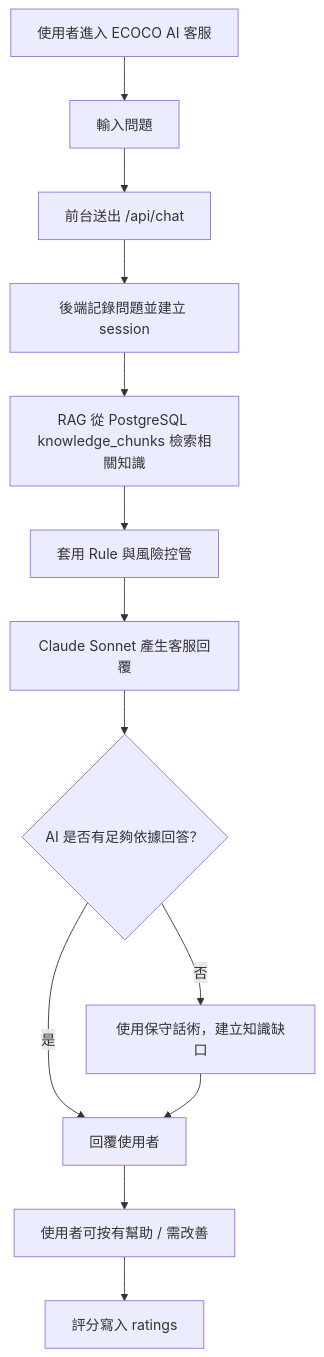
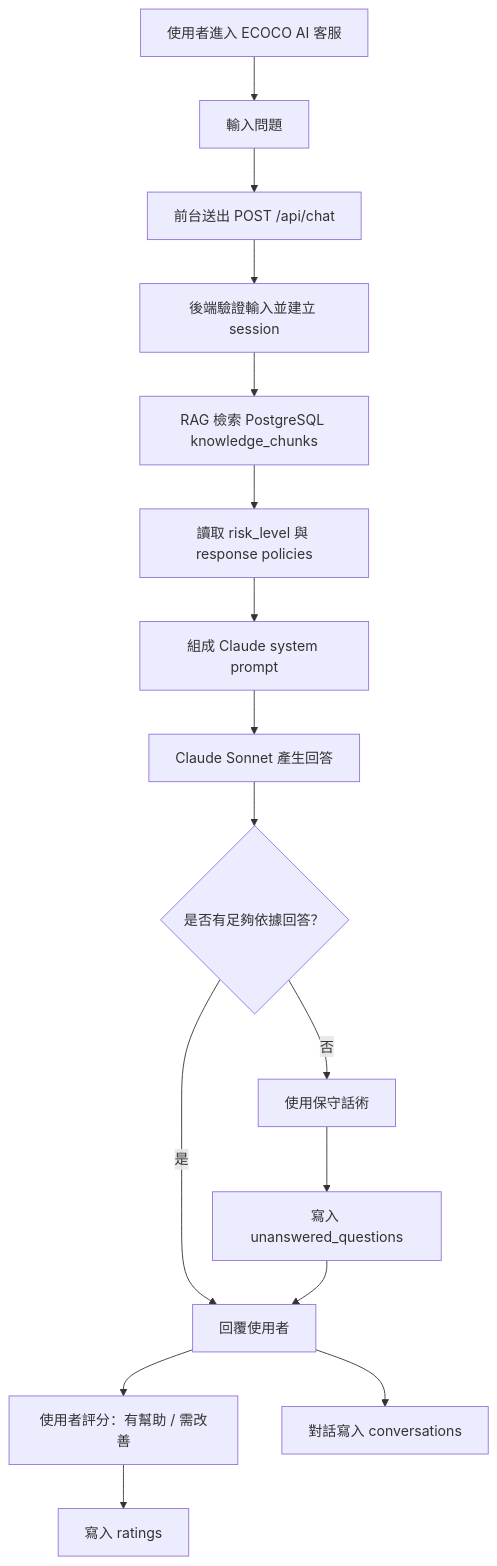
One commit to jameswu504-hash/ecoco-customer-servic changed the first of 4 diagrams in docs/CUSTOMER_SERVICE_FLOW.md. Above: the diagram before and after it, drawn with Mermaid. The commit also changed other lines of this file and 10 other files, not shown here.

````diff
--- a/docs/CUSTOMER_SERVICE_FLOW.md
+++ b/docs/CUSTOMER_SERVICE_FLOW.md
@@ -27,15 +39,18 @@
 ```mermaid
 flowchart TD
   A["使用者進入 ECOCO AI 客服"] --> B["輸入問題"]
-  B --> C["前台送出 /api/chat"]
-  C --> D["後端記錄問題並建立 session"]
-  D --> E["RAG 從 PostgreSQL knowledge_chunks 檢索相關知識"]
-  E --> F["套用 Rule 與風險控管"]
-  F --> G["Claude Sonnet 產生客服回覆"]
-  G --> H{"AI 是否有足夠依據回答？"}
-  H -- "是" --> I["回覆使用者"]
-  H -- "否" --> J["使用保守話術，建立知識缺口"]
-  J --> I
-  I --> K["使用者可按有幫助 / 需改善"]
-  K --> L["評分寫入 ratings"]
+  B --> C["前台送出 POST /api/chat"]
+  C --> D["後端驗證輸入並建立 session"]
+  D --> E["RAG 檢索 PostgreSQL knowledge_chunks"]
+  E --> F["讀取 risk_level 與 response policies"]
+  F --> G["組成 Claude system prompt"]
+  G --> H["Claude Sonnet 產生回答"]
+  H --> I{"是否有足夠依據回答？"}
+  I -- "是" --> J["回覆使用者"]
+  I -- "否" --> K["使用保守話術"]
+  K --> L["寫入 unanswered_questions"]
+  L --> J
+  J --> M["使用者評分：有幫助 / 需改善"]
+  M --> N["寫入 ratings"]
+  J --> O["對話寫入 conversations"]
 ```
````
